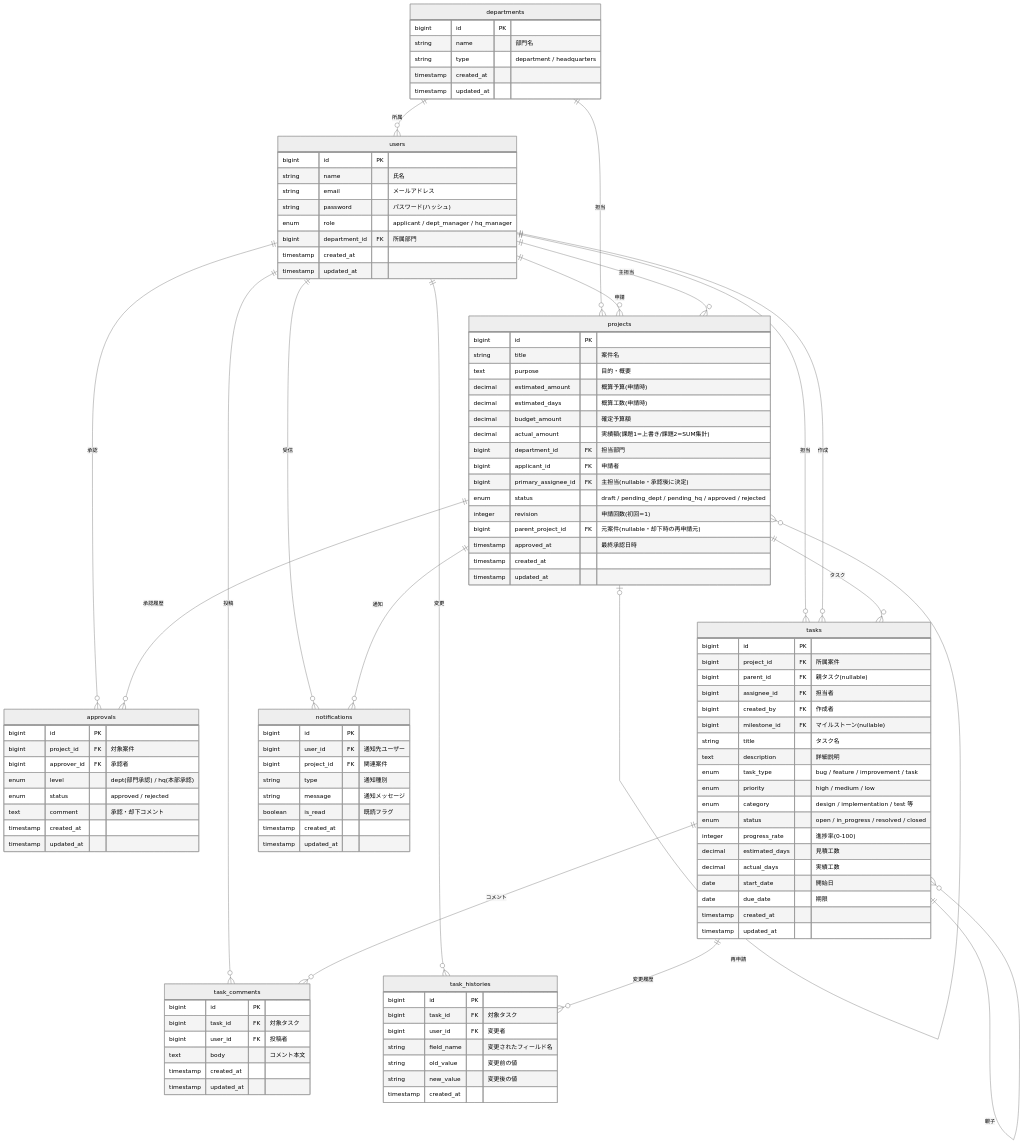
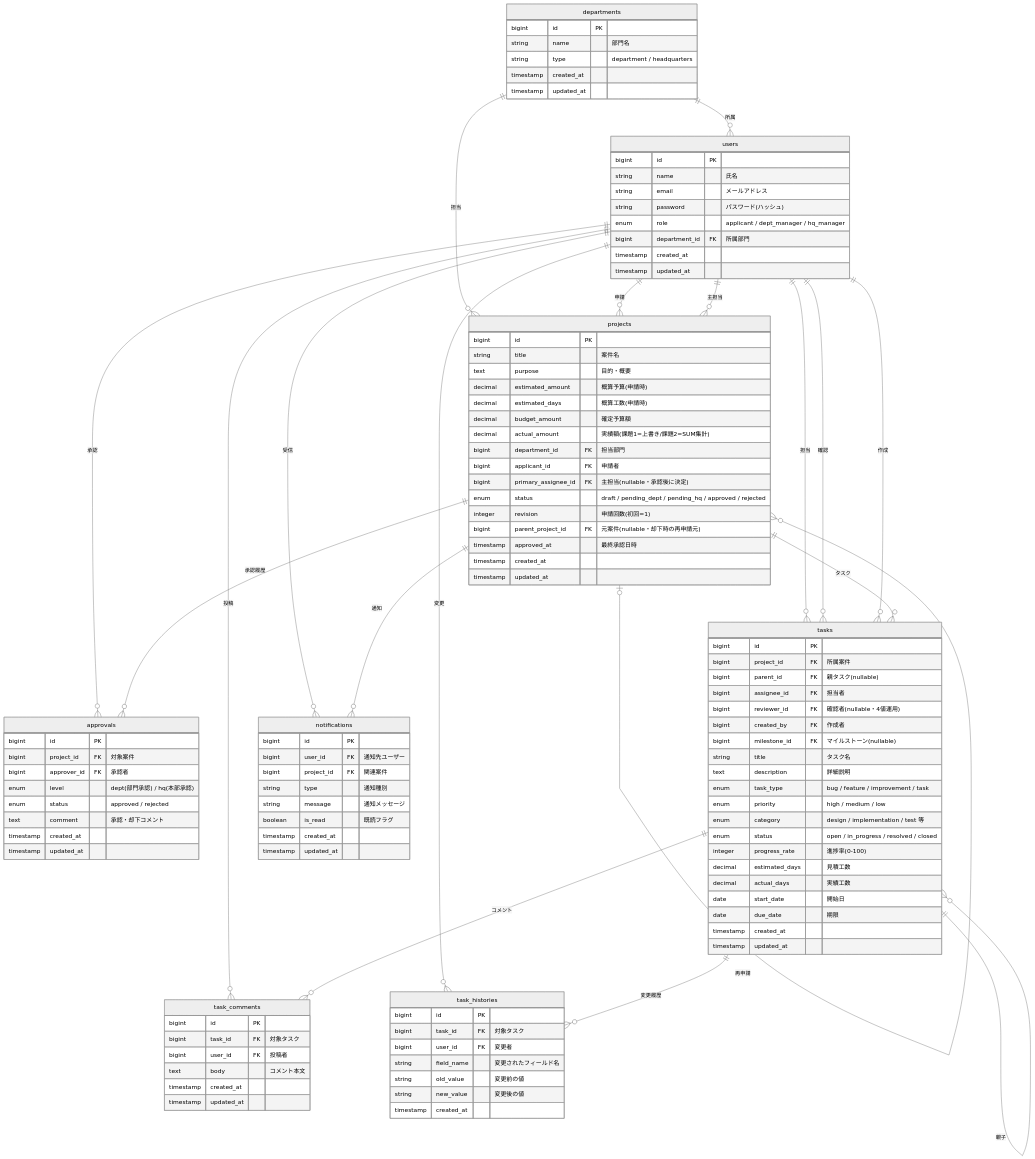
The diagram in doc/Design/er_diagram.md (toutetu/ProjNexus), drawn with Mermaid (neutral theme) before and after one commit. The commit also changed other lines of this file and 9 other files, not shown here.

```diff
--- a/doc/Design/er_diagram.md
+++ b/doc/Design/er_diagram.md
@@ -89,6 +89,7 @@
     bigint project_id FK "所属案件"
     bigint parent_id FK "親タスク(nullable)"
     bigint assignee_id FK "担当者"
+    bigint reviewer_id FK "確認者(nullable・4値運用)"
     bigint created_by FK "作成者"
     bigint milestone_id FK "マイルストーン(nullable)"
     string title "タスク名"
@@ -139,6 +140,7 @@
   users ||--o{ projects : "主担当"
   users ||--o{ approvals : "承認"
   users ||--o{ tasks : "担当"
+  users ||--o{ tasks : "確認"
   users ||--o{ tasks : "作成"
   users ||--o{ task_comments : "投稿"
   users ||--o{ task_histories : "変更"
```
